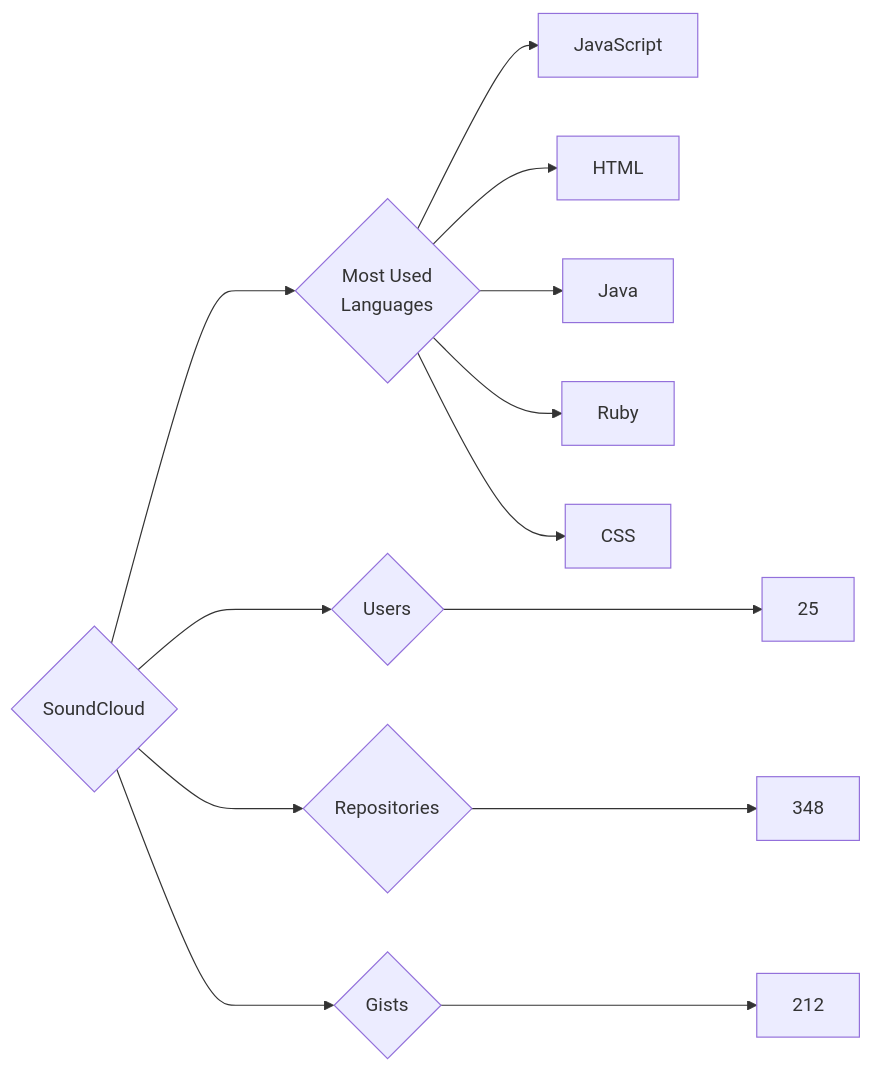
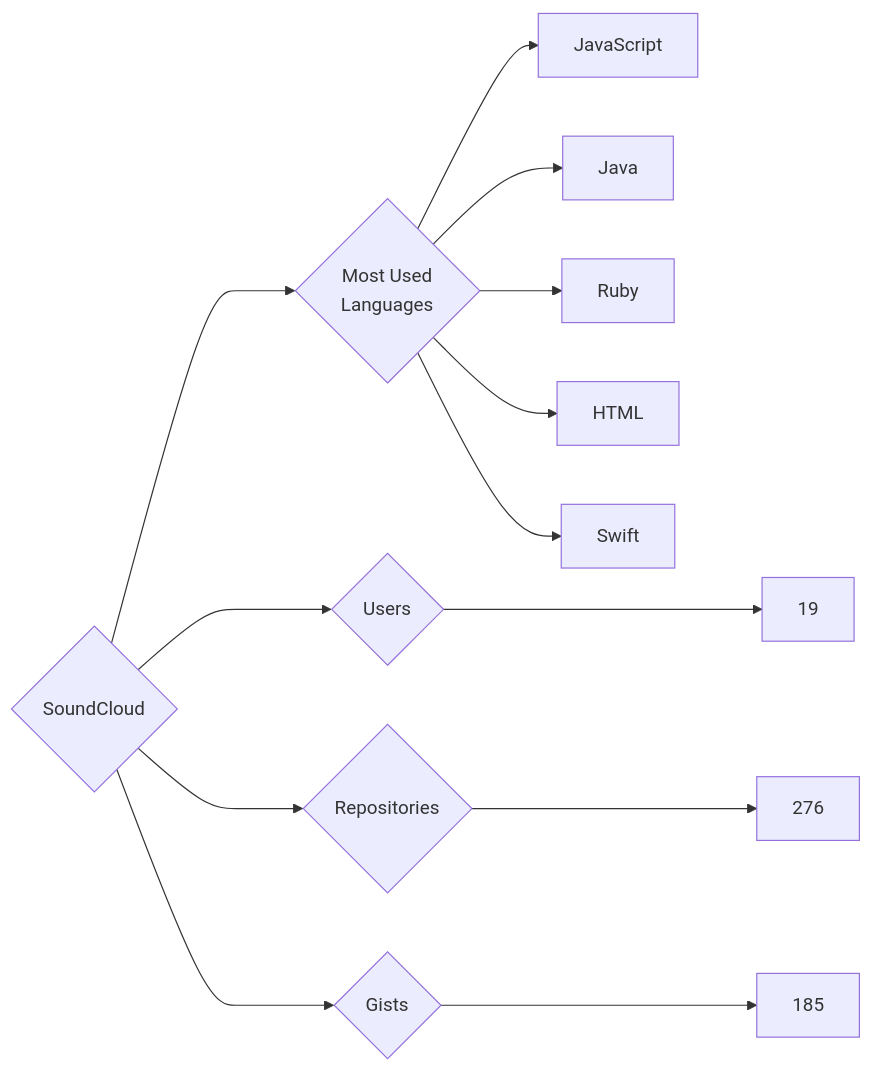
One commit to trickest/insiders changed the diagram in targets/SoundCloud/README.md. Above: the diagram before and after it, drawn with Mermaid. The commit also changed 839 other files, not shown here.

````diff
--- a/targets/SoundCloud/README.md
+++ b/targets/SoundCloud/README.md
@@ -3,13 +3,13 @@
 ```mermaid
 graph LR
 COMPANY_NAME{SoundCloud}
-COMPANY_NAME ---> U{Users} ---> UN[25]
-COMPANY_NAME ---> R{Repositories} ---> RN[348]
-COMPANY_NAME ---> G{Gists} ---> GN[212]
+COMPANY_NAME ---> U{Users} ---> UN[19]
+COMPANY_NAME ---> R{Repositories} ---> RN[276]
+COMPANY_NAME ---> G{Gists} ---> GN[185]
 COMPANY_NAME ---> ML{Most Used<br>Languages}
 ML --> JavaScript[JavaScript]
-ML --> HTML[HTML]
 ML --> Java[Java]
 ML --> Ruby[Ruby]
-ML --> CSS[CSS]
+ML --> HTML[HTML]
+ML --> Swift[Swift]
 ```
````
